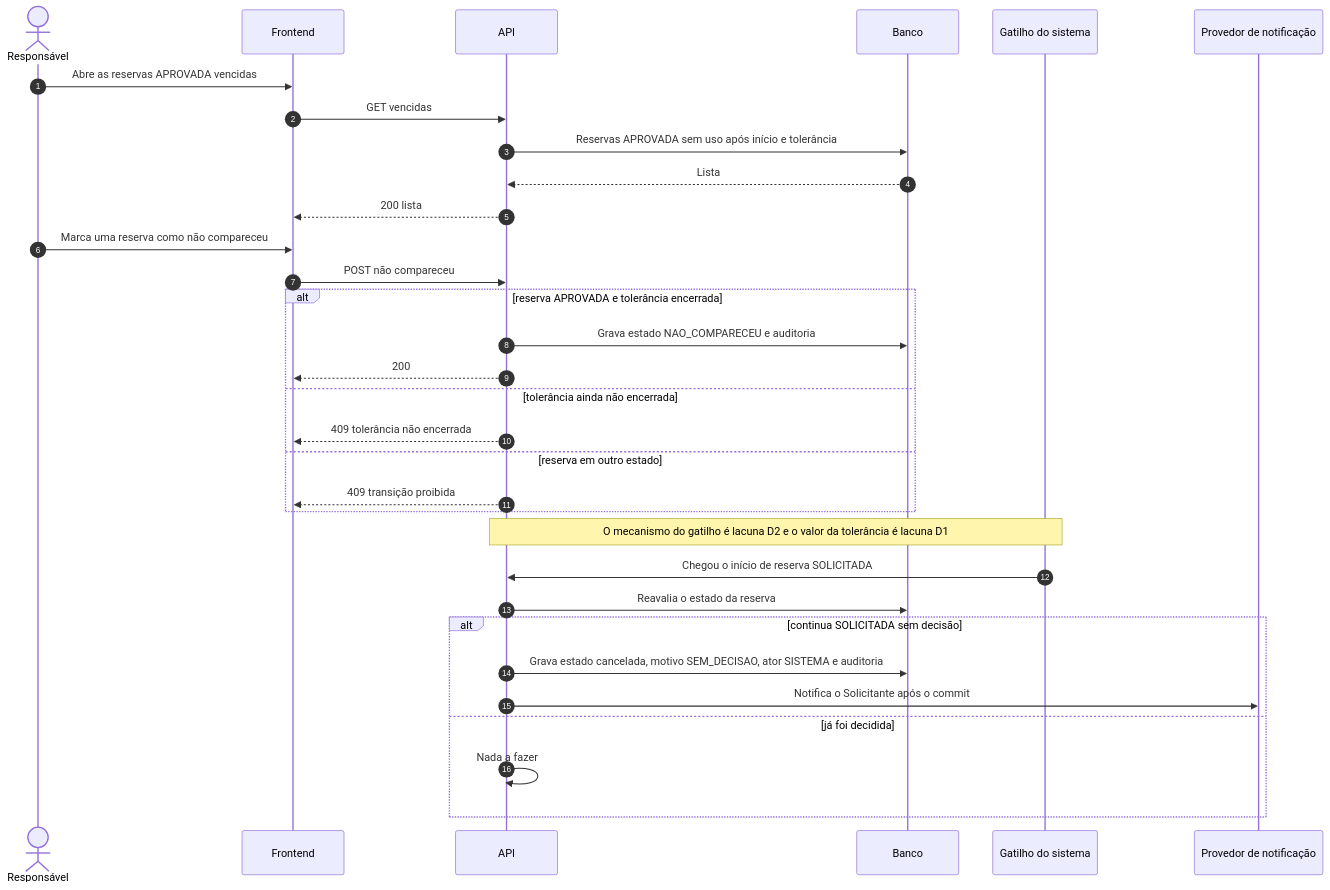
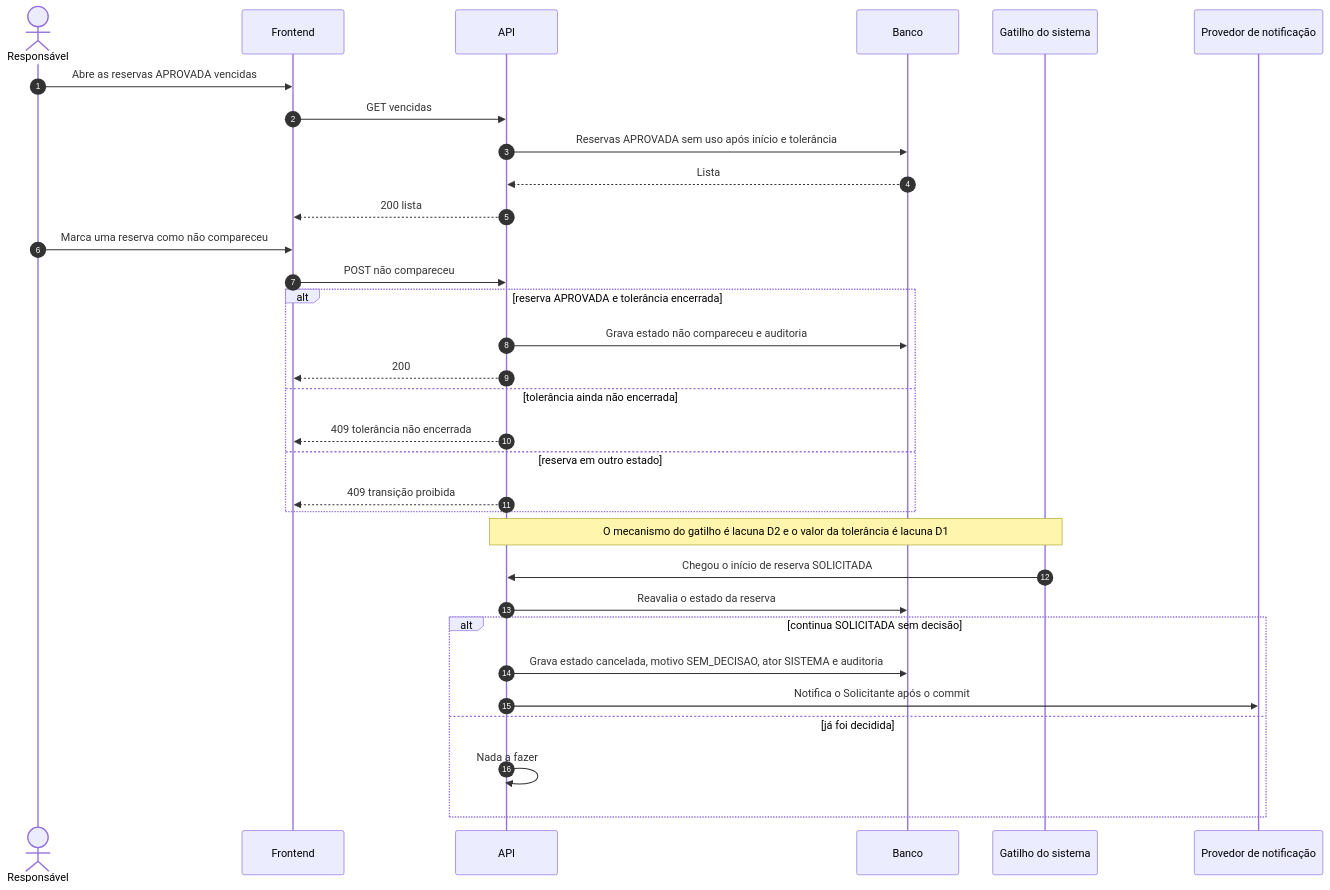
Before and after one commit to Jefferson-Silva-Geronimo/Projeto-QA-Organizador-de-Recursos-Jefferson: the ninth of 14 diagrams in docs/prd/fluxos-sequencia.md, drawn with Mermaid. The commit also changed other lines of this file, not shown here.

First line of the commit message:
docs: revisao fases 0 e 1 - diagramas de sequencia

````diff
--- a/docs/prd/fluxos-sequencia.md
+++ b/docs/prd/fluxos-sequencia.md
@@ -422,34 +428,34 @@
 ```mermaid
 sequenceDiagram
     autonumber
     actor R as Responsável
     participant F as Frontend
     participant A as API
     participant B as Banco
     participant G as Gatilho do sistema
     participant P as Provedor de notificação
     R->>F: Abre as reservas APROVADA vencidas
     F->>A: GET vencidas
     A->>B: Reservas APROVADA sem uso após início e tolerância
     B-->>A: Lista
     A-->>F: 200 lista
     R->>F: Marca uma reserva como não compareceu
     F->>A: POST não compareceu
     alt reserva APROVADA e tolerância encerrada
-        A->>B: Grava estado NAO_COMPARECEU e auditoria
+        A->>B: Grava estado não compareceu e auditoria
         A-->>F: 200
     else tolerância ainda não encerrada
         A-->>F: 409 tolerância não encerrada
     else reserva em outro estado
         A-->>F: 409 transição proibida
     end
     Note over G,A: O mecanismo do gatilho é lacuna D2 e o valor da tolerância é lacuna D1
     G->>A: Chegou o início de reserva SOLICITADA
     A->>B: Reavalia o estado da reserva
     alt continua SOLICITADA sem decisão
         A->>B: Grava estado cancelada, motivo SEM_DECISAO, ator SISTEMA e auditoria
         A->>P: Notifica o Solicitante após o commit
     else já foi decidida
         A->>A: Nada a fazer
     end
 ```
````
